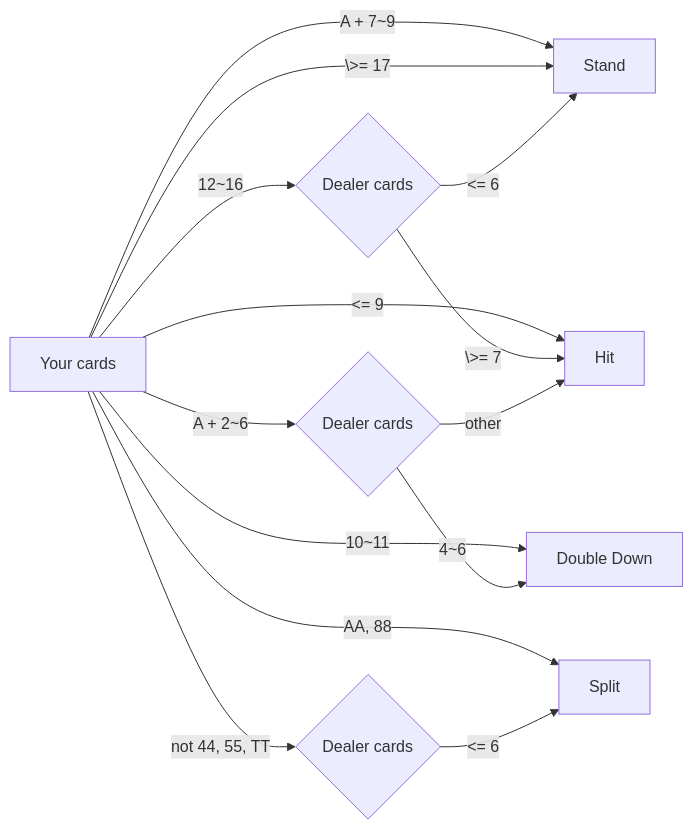
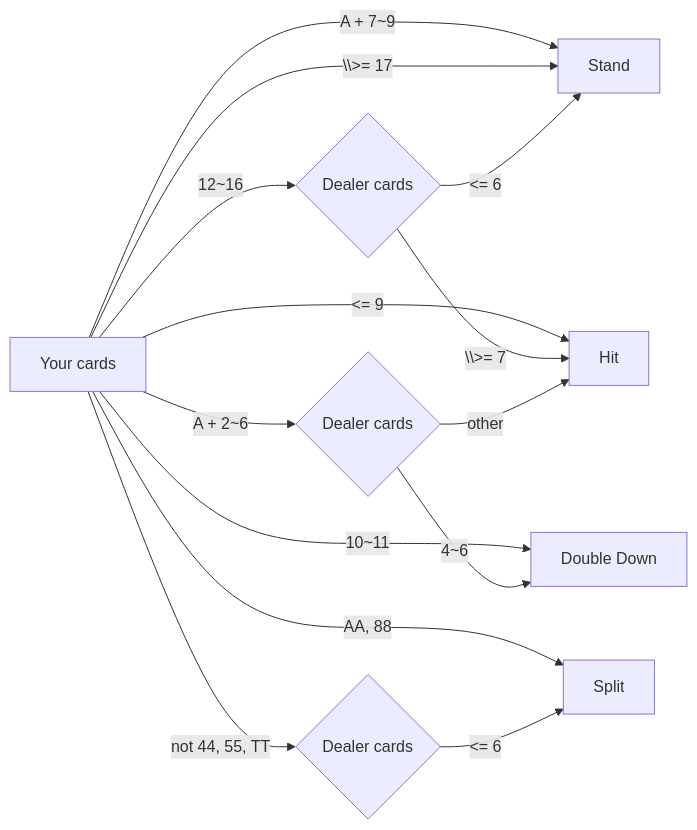
One commit to eric19960304/blackjack-basic-strategy-decision-tree changed the first of 2 diagrams in README.md. Above: the diagram before and after it, drawn with Mermaid. The commit also changed other lines of this file, not shown here.

````diff
--- a/README.md
+++ b/README.md
@@ -5,25 +5,25 @@
 ```mermaid
 flowchart LR
     playerCards[Your cards]
 
     playerCards --> |A + 7~9| stand
-    playerCards --> | \>= 17| stand
+    playerCards --> | \\>= 17| stand
     playerCards --> |12~16| delarCards{Dealer cards}
     playerCards --> |10~11| doubleDown
     playerCards --> |<= 9| hit
     playerCards --> |AA, 88| split
     playerCards --> |not 44, 55, TT| delarCards3{Dealer cards}
 
     playerCards --> |A + 2~6| delarCards2{Dealer cards}
 
     delarCards --> | <= 6| stand
-    delarCards --> | \>= 7| hit
+    delarCards --> | \\>= 7| hit
     delarCards2 --> |4~6| doubleDown
     delarCards2 --> |other| hit
     delarCards3 --> |<= 6| split
 
     stand[Stand]
     hit[Hit]
     doubleDown[Double Down]
     split[Split]
 ```
````
